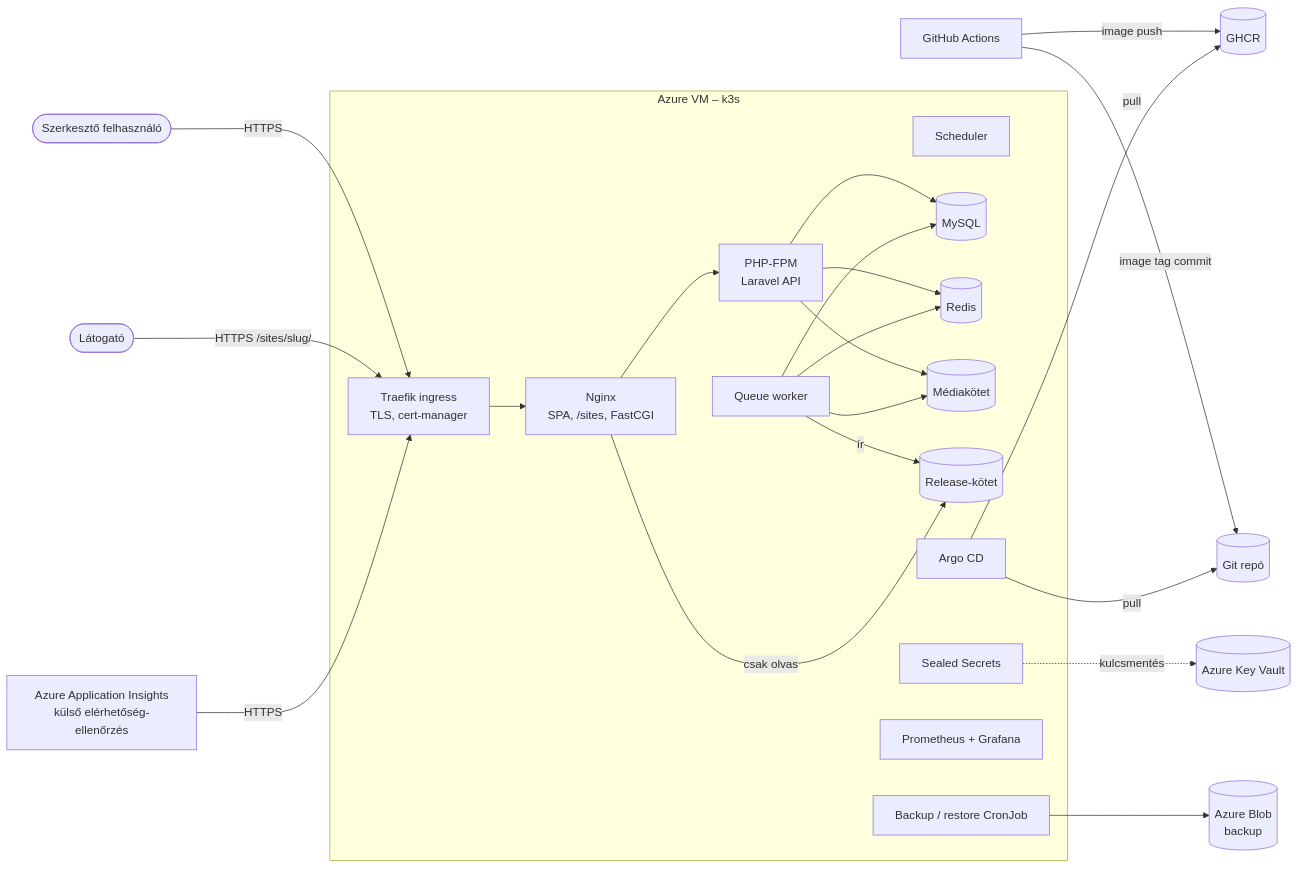
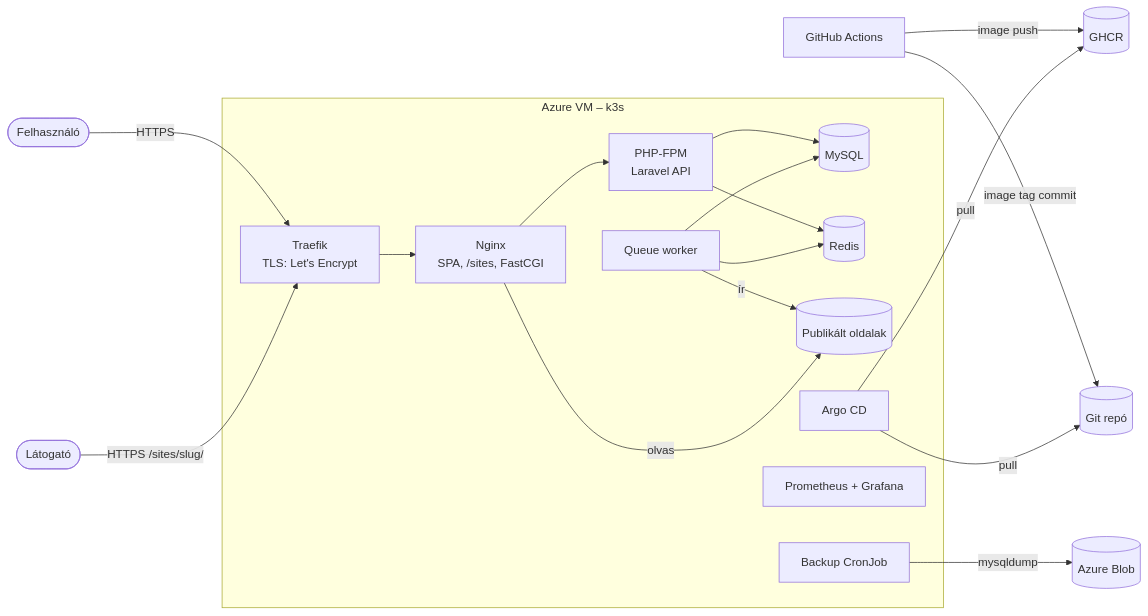
One commit to Pgabo99/PageBuilder changed the diagram in docs/architecture.md. Above: the diagram before and after it, drawn with Mermaid. The commit also changed other lines of this file and 7 other files, not shown here.

````diff
--- a/docs/architecture.md
+++ b/docs/architecture.md
@@ -9,34 +9,29 @@
 ```mermaid
 flowchart LR
-  user([Szerkesztő felhasználó]) -->|HTTPS| ingress
-  visitor([Látogató]) -->|HTTPS /sites/slug/| ingress
-  appinsights[Azure Application Insights<br/>külső elérhetőség-ellenőrzés] -->|HTTPS| ingress
+  user([Felhasználó]) -->|HTTPS| traefik
+  visitor([Látogató]) -->|HTTPS /sites/slug/| traefik
   gh[GitHub Actions] -->|image push| ghcr[(GHCR)]
   gh -->|image tag commit| repo[(Git repó)]
 
   subgraph vm[Azure VM – k3s]
-    ingress[Traefik ingress<br/>TLS, cert-manager]
+    traefik[Traefik<br/>TLS: Let's Encrypt]
     nginx[Nginx<br/>SPA, /sites, FastCGI]
     php[PHP-FPM<br/>Laravel API]
     worker[Queue worker]
-    scheduler[Scheduler]
     mysql[(MySQL)]
     redis[(Redis)]
-    media[(Médiakötet)]
-    releases[(Release-kötet)]
+    sites[(Publikált oldalak)]
     argocd[Argo CD]
-    sealed[Sealed Secrets]
     mon[Prometheus + Grafana]
-    backup[Backup / restore CronJob]
+    backup[Backup CronJob]
   end
 
-  ingress --> nginx --> php
-  php --> mysql & redis & media
-  worker --> mysql & redis & media
-  worker -->|ír| releases
-  nginx -->|csak olvas| releases
+  traefik --> nginx --> php
+  php --> mysql & redis
+  worker --> mysql & redis
+  worker -->|ír| sites
+  nginx -->|olvas| sites
   argocd -->|pull| repo
   argocd -->|pull| ghcr
-  backup --> blob[(Azure Blob<br/>backup)]
-  sealed -.kulcsmentés.-> kv[(Azure Key Vault)]
+  backup -->|mysqldump| blob[(Azure Blob)]
 ```
````
